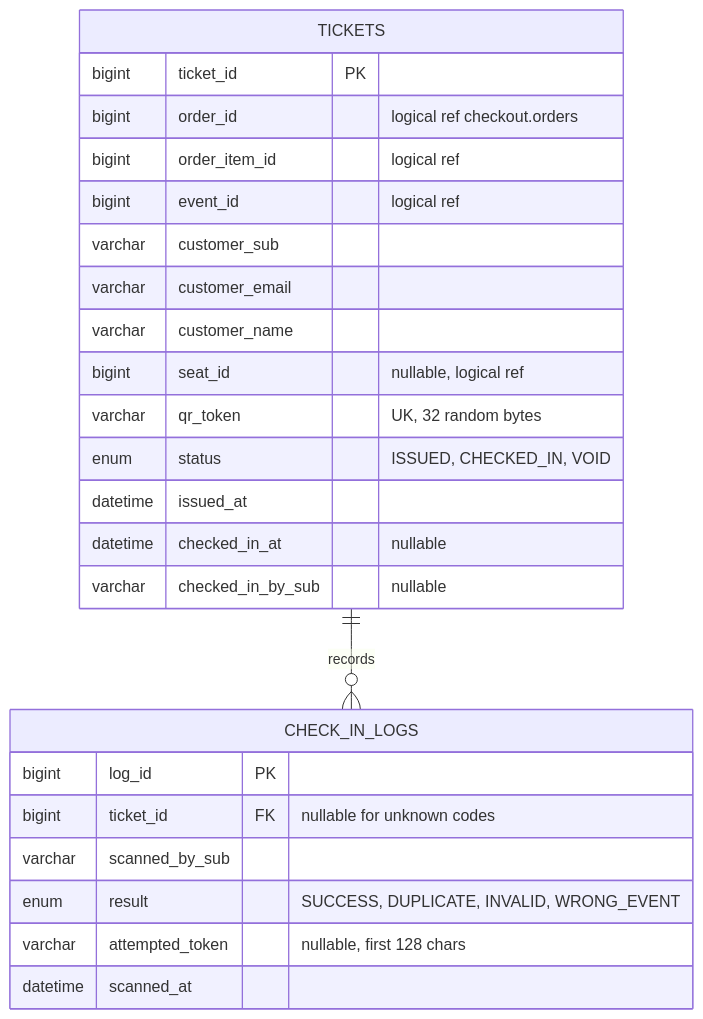
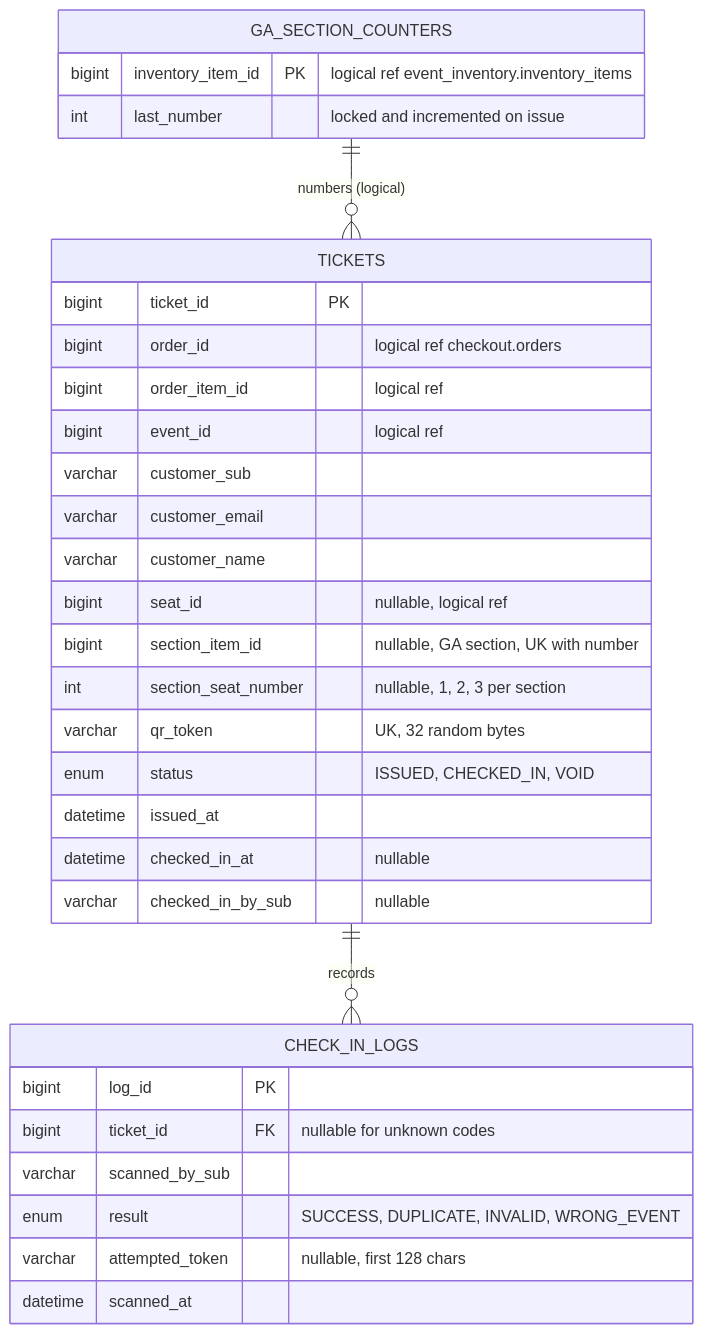
Before and after one commit to nus-mtech-grp1-sem2/docs: the diagram in diagrams/src/12-erd-ticketing.mmd, drawn with Mermaid. The commit also changed 37 other files, not shown here.

```diff
--- a/diagrams/src/12-erd-ticketing.mmd
+++ b/diagrams/src/12-erd-ticketing.mmd
@@ -1,26 +1,33 @@
-%% Figure: ticketing schema, as built. Owned by the ticket service.
+%% Figure: ticketing schema, as built (migrations 02-19). Owned by the ticket service.
 erDiagram
     TICKETS ||--o{ CHECK_IN_LOGS : records
+    GA_SECTION_COUNTERS ||--o{ TICKETS : "numbers (logical)"
     TICKETS {
         bigint ticket_id PK
         bigint order_id "logical ref checkout.orders"
         bigint order_item_id "logical ref"
         bigint event_id "logical ref"
         varchar customer_sub
         varchar customer_email
         varchar customer_name
         bigint seat_id "nullable, logical ref"
+        bigint section_item_id "nullable, GA section, UK with number"
+        int section_seat_number "nullable, 1, 2, 3 per section"
         varchar qr_token "UK, 32 random bytes"
         enum status "ISSUED, CHECKED_IN, VOID"
         datetime issued_at
         datetime checked_in_at "nullable"
         varchar checked_in_by_sub "nullable"
     }
     CHECK_IN_LOGS {
         bigint log_id PK
         bigint ticket_id FK "nullable for unknown codes"
         varchar scanned_by_sub
         enum result "SUCCESS, DUPLICATE, INVALID, WRONG_EVENT"
         varchar attempted_token "nullable, first 128 chars"
         datetime scanned_at
     }
+    GA_SECTION_COUNTERS {
+        bigint inventory_item_id PK "logical ref event_inventory.inventory_items"
+        int last_number "locked and incremented on issue"
+    }
```
